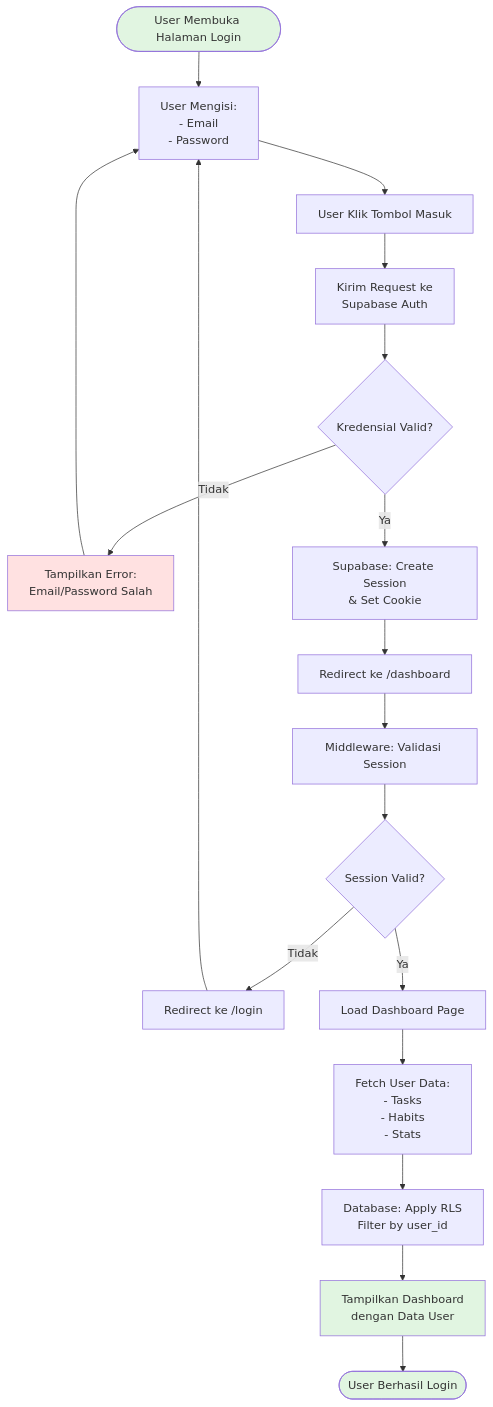
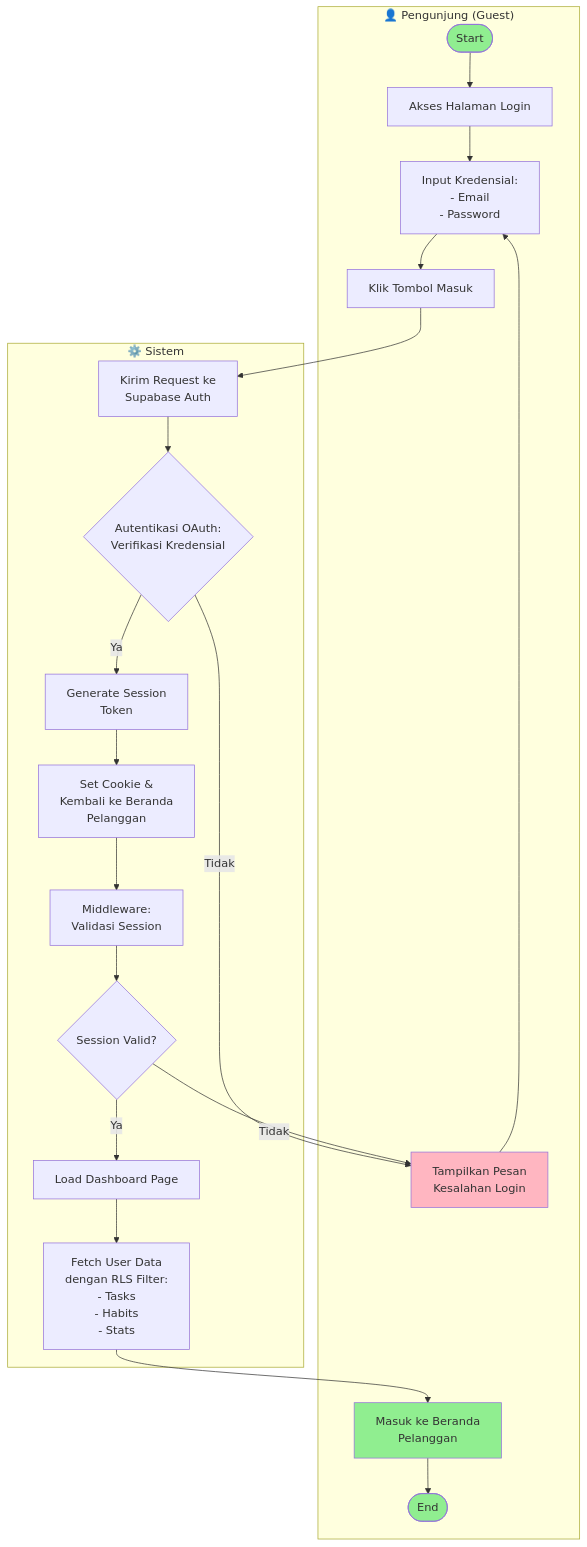
One commit to FarhanEfendi21/FlowDay changed the second of 12 diagrams in ACTIVITY_DIAGRAMS.md. Above: the diagram before and after it, drawn with Mermaid. The commit also changed other lines of this file and 2 other files, not shown here.

Commit message:
fix activity diagram

````diff
--- a/ACTIVITY_DIAGRAMS.md
+++ b/ACTIVITY_DIAGRAMS.md
@@ -67,29 +76,31 @@
 ```mermaid
 graph TD
-    Start([User Membuka Halaman Login]) --> InputCred[User Mengisi:<br/>- Email<br/>- Password]
-    InputCred --> Submit[User Klik Tombol Masuk]
-    Submit --> CallAuth[Kirim Request ke<br/>Supabase Auth]
-    CallAuth --> ValidateAuth{Kredensial Valid?}
+    subgraph User["👤 Pengunjung (Guest)"]
+        Start([Start]) --> AccessLogin[Akses Halaman Login]
+        AccessLogin --> InputCred[Input Kredensial:<br/>- Email<br/>- Password]
+        InputCred --> ClickLogin[Klik Tombol Masuk]
+        ErrorAuth[Tampilkan Pesan<br/>Kesalahan Login] --> InputCred
+        DisplayDash[Masuk ke Beranda<br/>Pelanggan] --> End([End])
+    end
     
-    ValidateAuth -->|Tidak| ErrorAuth[Tampilkan Error:<br/>Email/Password Salah]
-    ErrorAuth --> InputCred
+    subgraph System["⚙️ Sistem"]
+        SendAuth[Kirim Request ke<br/>Supabase Auth]
+        SendAuth --> ValidateAuth{Autentikasi OAuth:<br/>Verifikasi Kredensial}
+        ValidateAuth -->|Tidak| ErrorAuth
+        ValidateAuth -->|Ya| CreateSession[Generate Session<br/>Token]
+        CreateSession --> SetCookie[Set Cookie &<br/>Kembali ke Beranda<br/>Pelanggan]
+        SetCookie --> Middleware[Middleware:<br/>Validasi Session]
+        Middleware --> CheckSession{Session Valid?}
+        CheckSession -->|Tidak| ErrorAuth
+        CheckSession -->|Ya| LoadDash[Load Dashboard Page]
+        LoadDash --> FetchData[Fetch User Data<br/>dengan RLS Filter:<br/>- Tasks<br/>- Habits<br/>- Stats]
+        FetchData --> DisplayDash
+    end
     
-    ValidateAuth -->|Ya| CreateSession[Supabase: Create Session<br/>& Set Cookie]
-    CreateSession --> RedirectDash[Redirect ke /dashboard]
-    RedirectDash --> Middleware[Middleware: Validasi Session]
-    Middleware --> CheckSession{Session Valid?}
-    
-    CheckSession -->|Tidak| RedirectLogin[Redirect ke /login]
-    RedirectLogin --> InputCred
-    
-    CheckSession -->|Ya| LoadDash[Load Dashboard Page]
-    LoadDash --> FetchData[Fetch User Data:<br/>- Tasks<br/>- Habits<br/>- Stats]
-    FetchData --> RLS[Database: Apply RLS<br/>Filter by user_id]
-    RLS --> DisplayDash[Tampilkan Dashboard<br/>dengan Data User]
-    DisplayDash --> End([User Berhasil Login])
+    ClickLogin --> SendAuth
 
-    style Start fill:#e1f5e1
-    style End fill:#e1f5e1
-    style ErrorAuth fill:#ffe1e1
-    style DisplayDash fill:#e1f5e1
+    style Start fill:#90EE90
+    style End fill:#90EE90
+    style ErrorAuth fill:#FFB6C1
+    style DisplayDash fill:#90EE90
 ```
````
